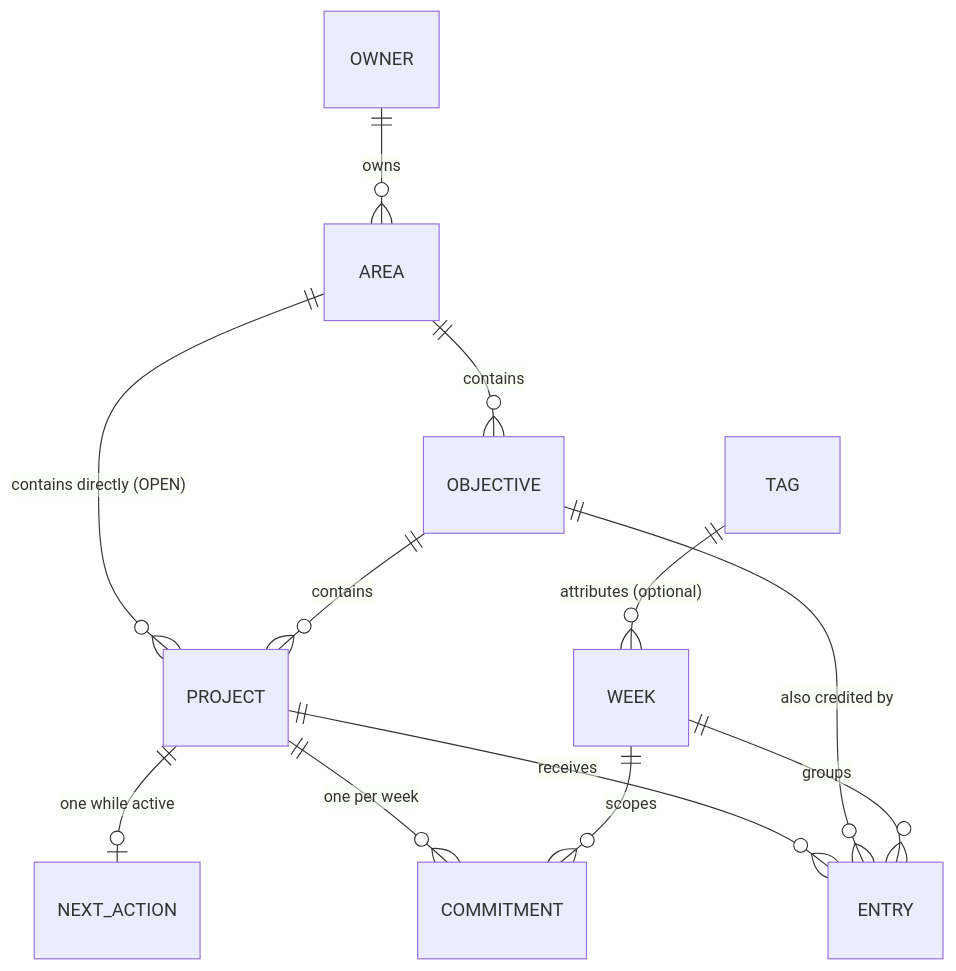
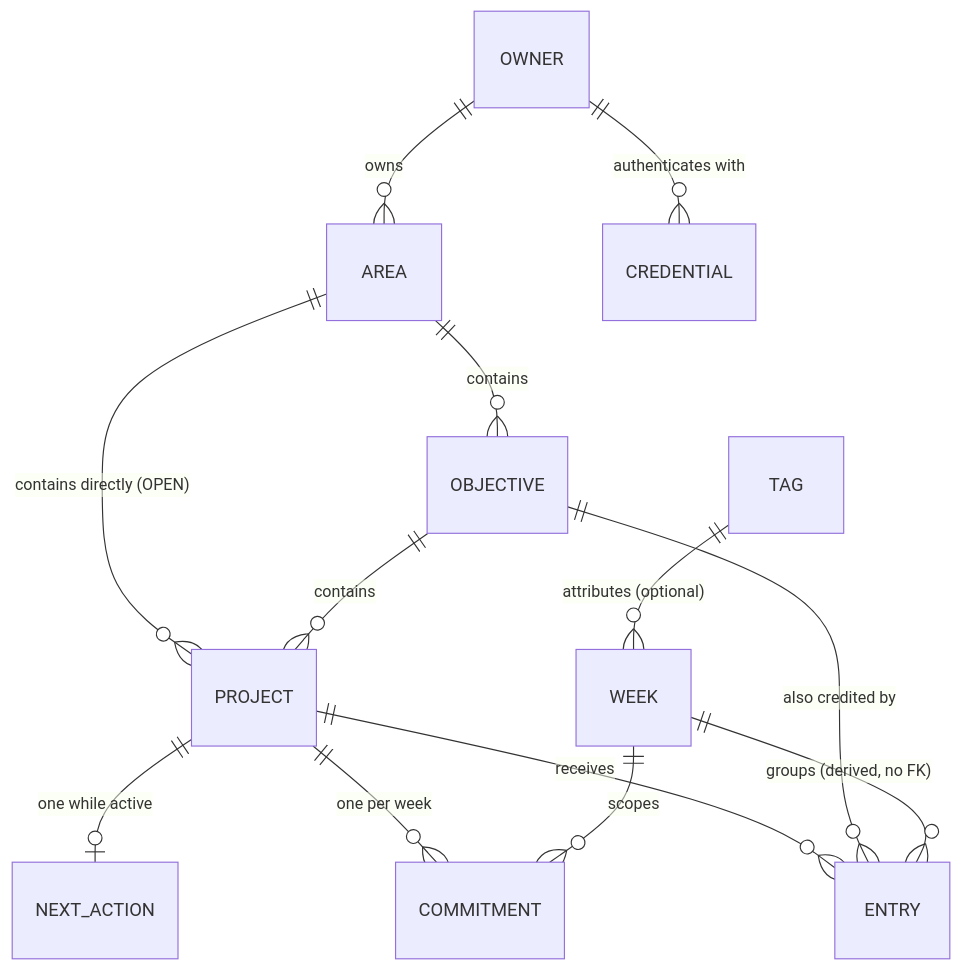
Before and after one commit to lionns/ritmo: the first of 2 diagrams in docs/project/data-model.md, drawn with Mermaid. The commit also changed other lines of this file and 10 other files, not shown here.

````diff
--- a/docs/project/data-model.md
+++ b/docs/project/data-model.md
@@ -8,14 +8,15 @@
 ```mermaid
 erDiagram
     OWNER     ||--o{ AREA        : owns
+    OWNER     ||--o{ CREDENTIAL  : "authenticates with"
     AREA      ||--o{ OBJECTIVE   : contains
     AREA      ||--o{ PROJECT     : "contains directly (OPEN)"
     OBJECTIVE ||--o{ PROJECT     : contains
     PROJECT   ||--o| NEXT_ACTION : "one while active"
     PROJECT   ||--o{ COMMITMENT  : "one per week"
     PROJECT   ||--o{ ENTRY       : receives
     OBJECTIVE ||--o{ ENTRY       : "also credited by"
     WEEK      ||--o{ COMMITMENT  : scopes
-    WEEK      ||--o{ ENTRY       : groups
+    WEEK      ||--o{ ENTRY       : "groups (derived, no FK)"
     TAG       ||--o{ WEEK        : "attributes (optional)"
 ```
````
